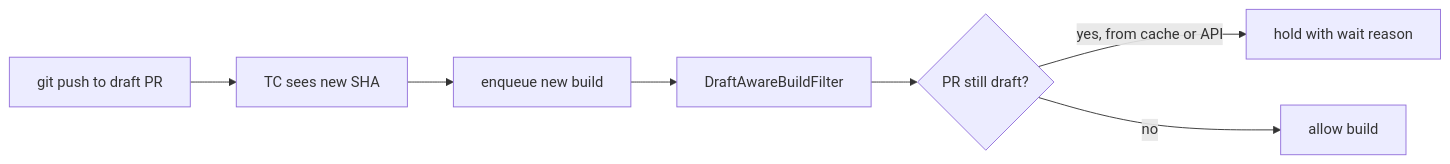
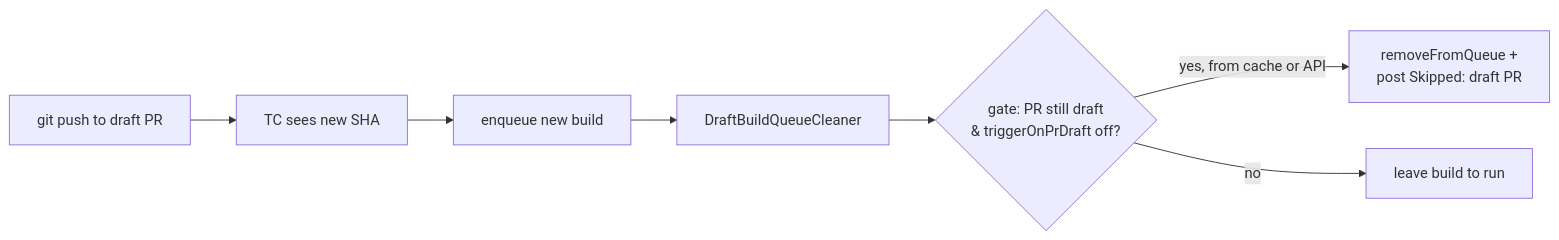
Before and after one commit to Silmaen/teamcity-github: the second of 12 diagrams in doc/usage-scenarios.md, drawn with Mermaid. The commit also changed other lines of this file and 64 other files, not shown here.

````diff
--- a/doc/usage-scenarios.md
+++ b/doc/usage-scenarios.md
@@ -73,9 +106,9 @@
 ```mermaid
 flowchart LR
     A[git push to draft PR] --> B[TC sees new SHA]
     B --> C[enqueue new build]
-    C --> D[DraftAwareBuildFilter]
-    D --> E{PR still draft?}
-    E -->|yes, from cache or API| F[hold with wait reason]
-    E -->|no| G[allow build]
+    C --> D[DraftBuildQueueCleaner]
+    D --> E{gate: PR still draft<br/>& triggerOnPrDraft off?}
+    E -->|yes, from cache or API| F[removeFromQueue +<br/>post Skipped: draft PR]
+    E -->|no| G[leave build to run]
 ```
````
